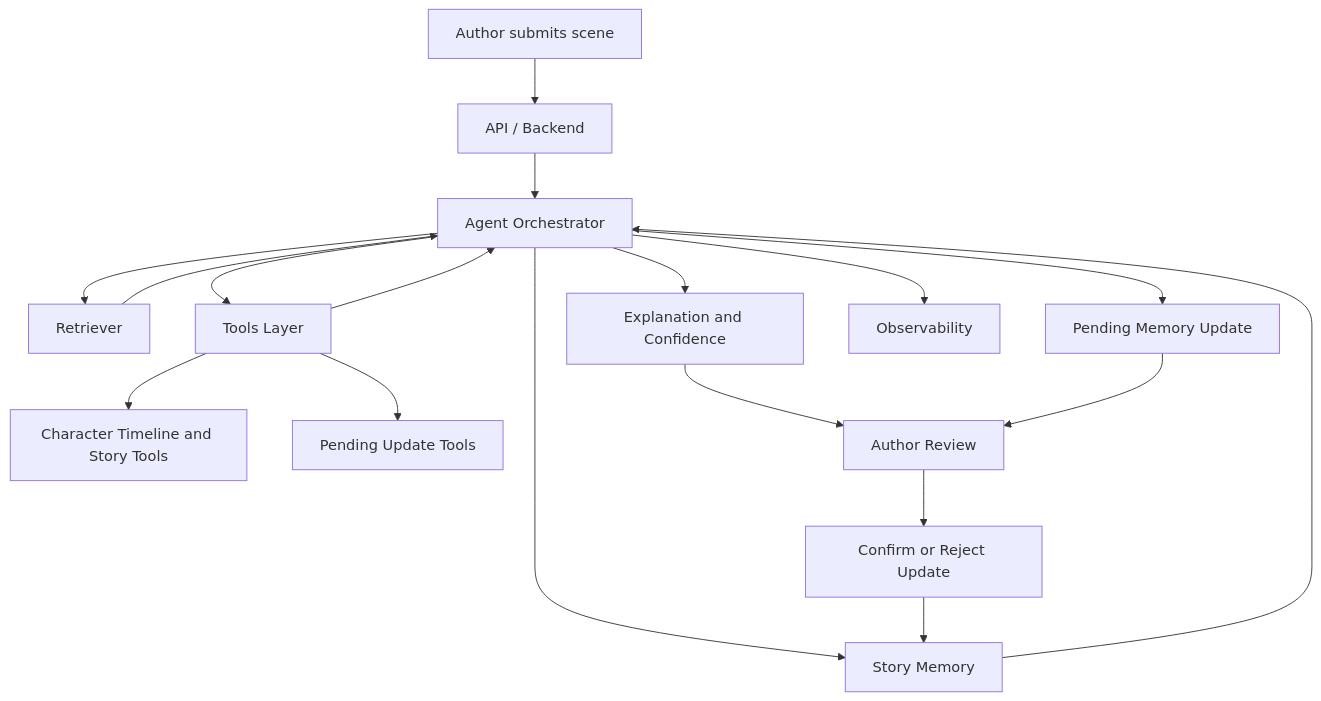
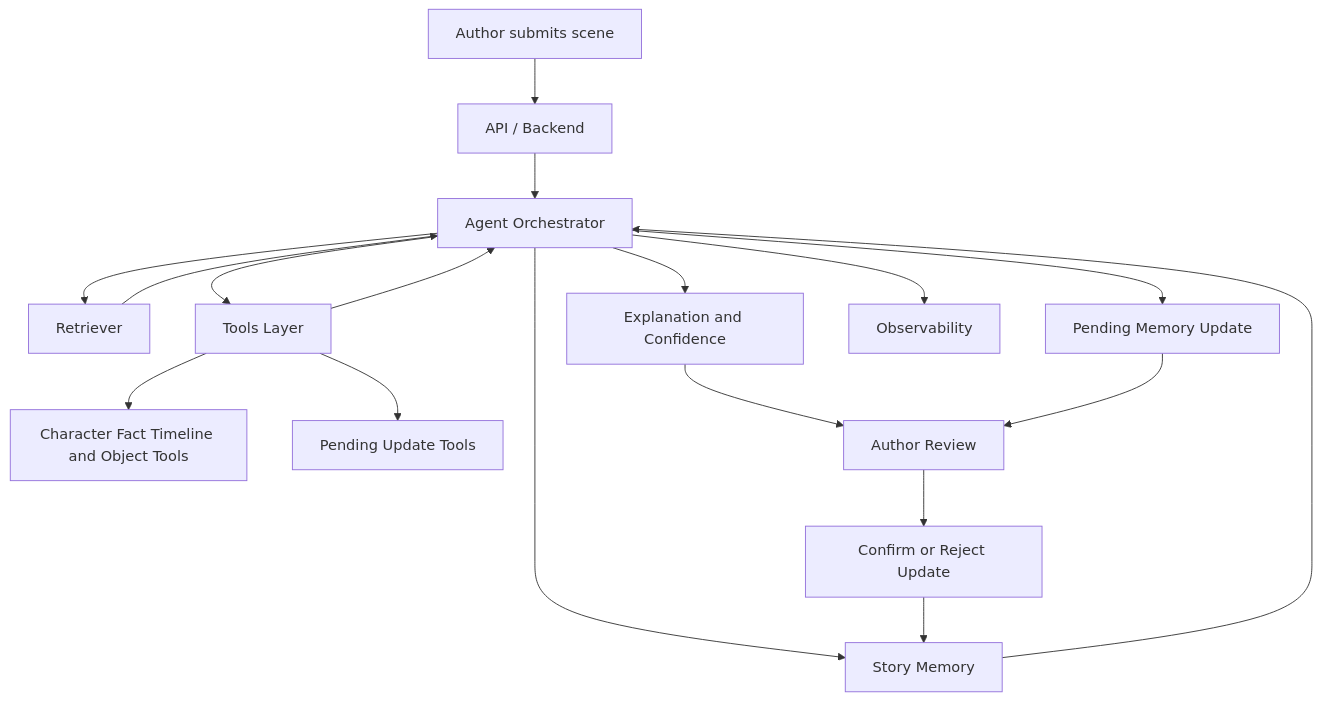
The diagram in README.md (jenova13q/agentic_track), drawn with Mermaid before and after one commit. The commit also changed other lines of this file and 17 other files, not shown here.

Commit message:
Finish demo-ready web UI and literary story flow

````diff
--- a/README.md
+++ b/README.md
@@ -76,26 +118,26 @@
 ```mermaid
 flowchart TD
     A[Author submits scene] --> B[API / Backend]
     B --> C[Agent Orchestrator]
 
     C --> D[Retriever]
     C --> E[Story Memory]
     C --> F[Tools Layer]
 
     D --> C
     E --> C
     F --> C
 
-    F --> F1[Character Timeline and Story Tools]
+    F --> F1[Character Fact Timeline and Object Tools]
     F --> F2[Pending Update Tools]
 
     C --> G[Explanation and Confidence]
     C --> H[Pending Memory Update]
 
     G --> I[Author Review]
     H --> I
     I --> J[Confirm or Reject Update]
     J --> E
 
     C --> K[Observability]
 ```
````
